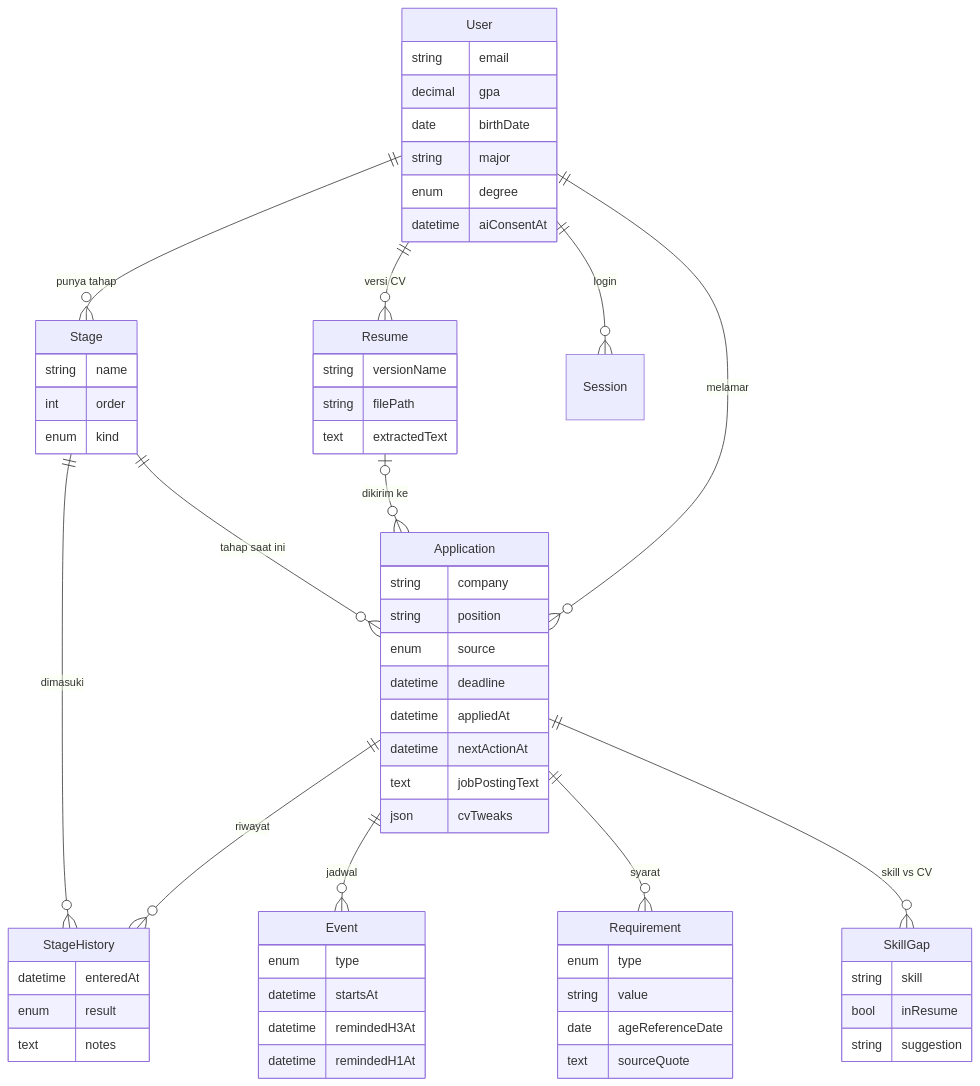
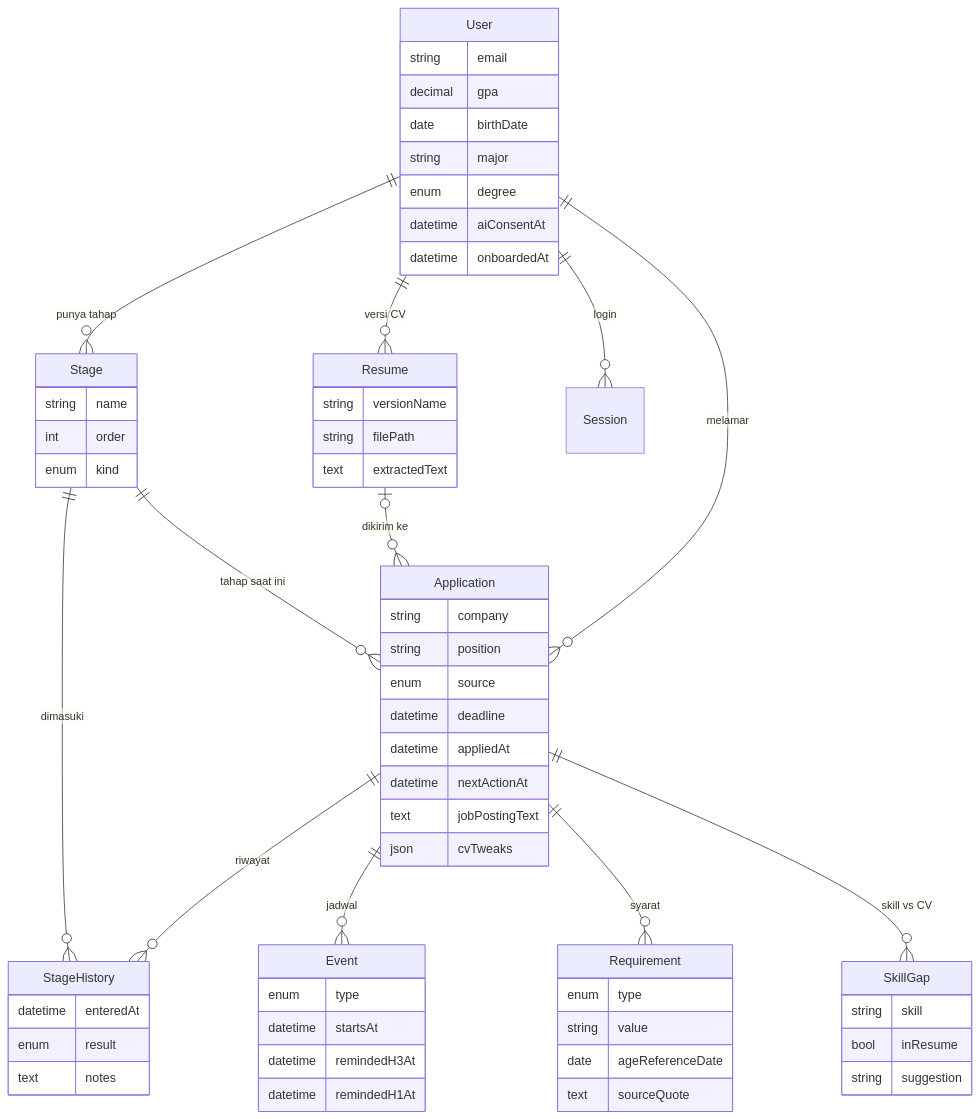
The second of 2 diagrams in README.md (ariefusry/lajur), drawn with Mermaid before and after one commit. The commit also changed other lines of this file, not shown here.

````diff
--- a/README.md
+++ b/README.md
@@ -56,65 +58,66 @@
 ```mermaid
 erDiagram
   User ||--o{ Stage : "punya tahap"
   User ||--o{ Application : melamar
   User ||--o{ Resume : "versi CV"
   User ||--o{ Session : login
   Resume |o--o{ Application : "dikirim ke"
   Stage ||--o{ Application : "tahap saat ini"
   Application ||--o{ StageHistory : riwayat
   Stage ||--o{ StageHistory : "dimasuki"
   Application ||--o{ Event : jadwal
   Application ||--o{ Requirement : syarat
   Application ||--o{ SkillGap : "skill vs CV"
 
   User {
     string email
     decimal gpa
     date birthDate
     string major
     enum degree
     datetime aiConsentAt
+    datetime onboardedAt
   }
   Stage {
     string name
     int order
     enum kind
   }
   Application {
     string company
     string position
     enum source
     datetime deadline
     datetime appliedAt
     datetime nextActionAt
     text jobPostingText
     json cvTweaks
   }
   StageHistory {
     datetime enteredAt
     enum result
     text notes
   }
   Resume {
     string versionName
     string filePath
     text extractedText
   }
   Event {
     enum type
     datetime startsAt
     datetime remindedH3At
     datetime remindedH1At
   }
   Requirement {
     enum type
     string value
     date ageReferenceDate
     text sourceQuote
   }
   SkillGap {
     string skill
     bool inResume
     string suggestion
   }
 ```
````
